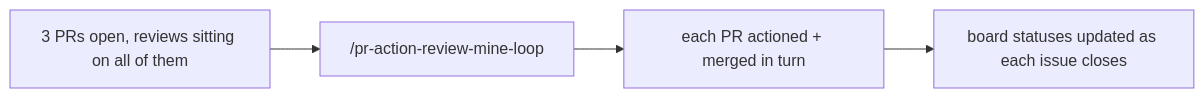
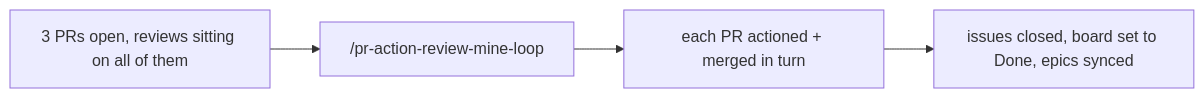
One commit to joshstothard/3moji changed the third of 3 diagrams in docs/development/pr-review-workflows.md. Above: the diagram before and after it, drawn with Mermaid. The commit also changed other lines of this file and 13 other files, not shown here.

````diff
--- a/docs/development/pr-review-workflows.md
+++ b/docs/development/pr-review-workflows.md
@@ -49,6 +49,6 @@
 ```mermaid
 flowchart LR
     A["3 PRs open, reviews sitting on all of them"] --> B["/pr-action-review-mine-loop"]
     B --> C["each PR actioned + merged in turn"]
-    C --> D["board statuses updated as each issue closes"]
+    C --> D["issues closed, board set to Done, epics synced"]
 ```
````
